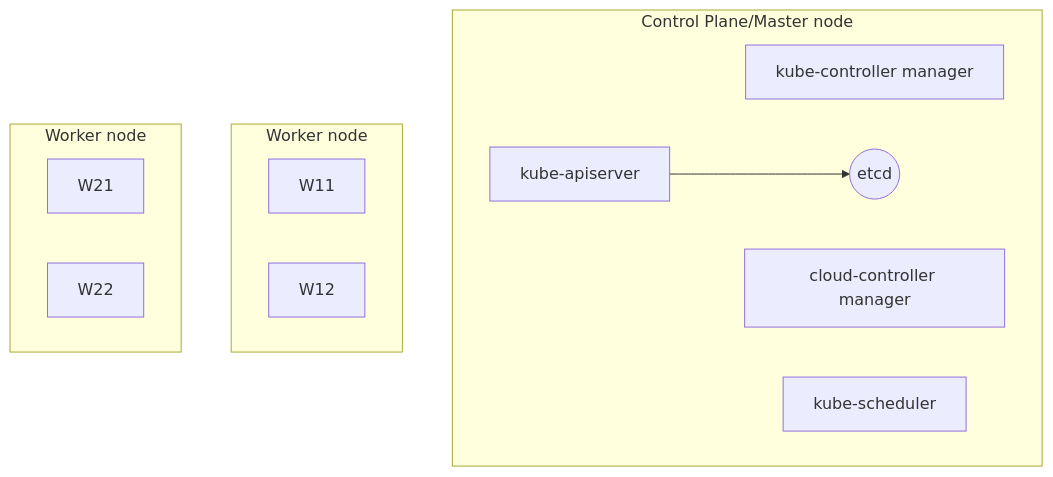
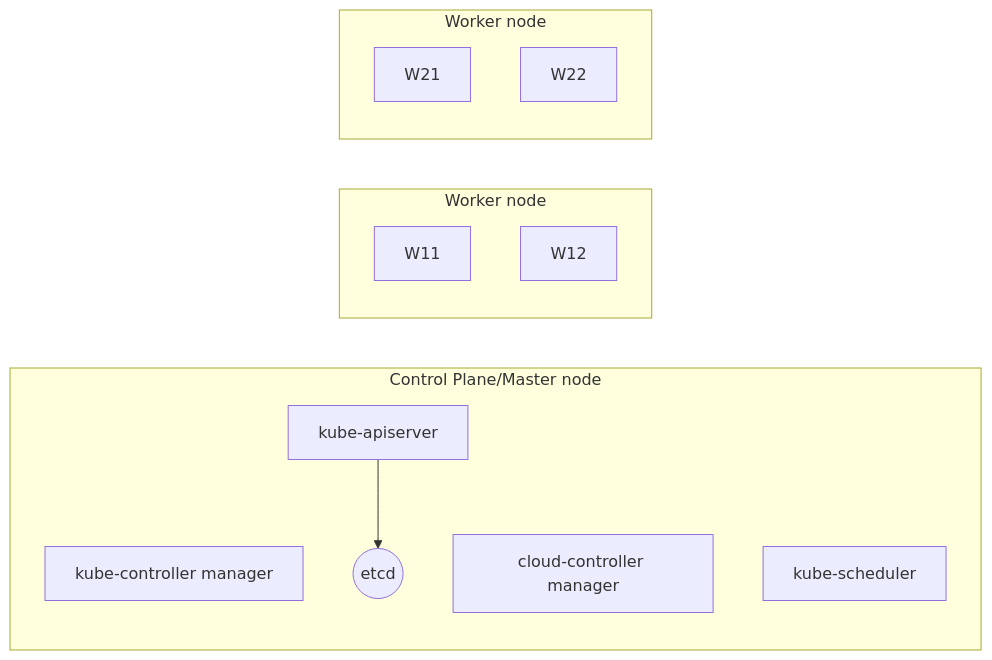
One commit to pratshield/docker-kubernetes changed the diagram in kubernetes/nodes.md. Above: the diagram before and after it, drawn with Mermaid.

````diff
--- a/kubernetes/nodes.md
+++ b/kubernetes/nodes.md
@@ -9,18 +9,18 @@
 ```mermaid
-flowchart TB
+flowchart LR
   subgraph "Control Plane/Master node"
   A[kube-controller manager]
   B[cloud-controller manager]
   C[kube-apiserver]-->E
   D[kube-scheduler]
   E((etcd))
   end
   subgraph "Worker node"
   W11
   W12 
   end
   subgraph "Worker node"
   W21
   W22
   end
 ```
````
